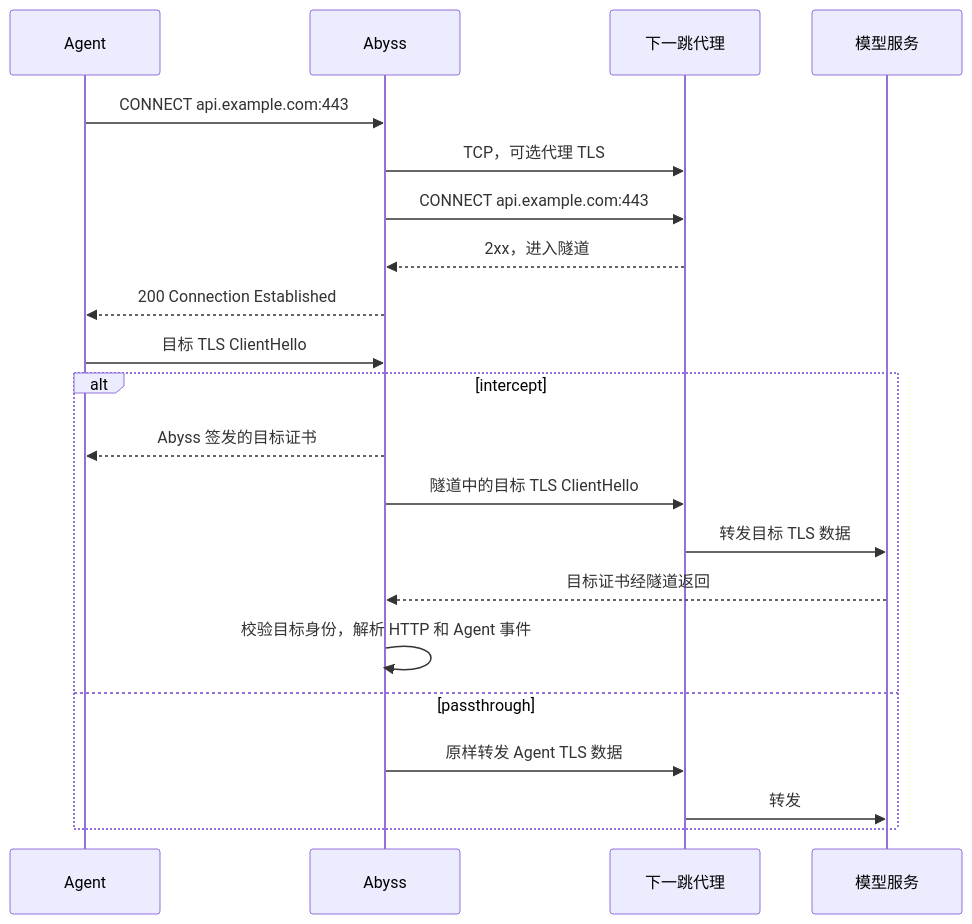
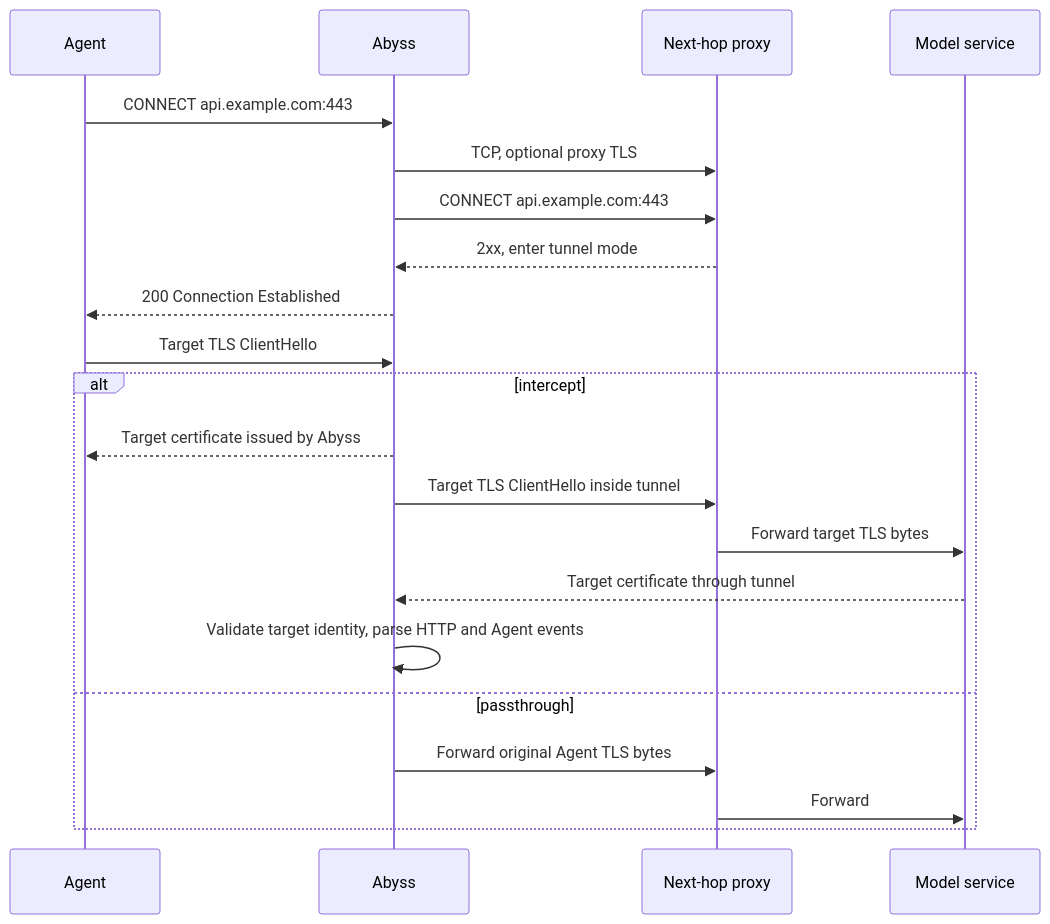
The diagram in docs/upstream-proxy-design.md (lexmount/abyss-rs), drawn with Mermaid before and after one commit. The commit also changed other lines of this file, not shown here.

First line of the commit message:
docs: translate proxy design into English

````diff
--- a/docs/upstream-proxy-design.md
+++ b/docs/upstream-proxy-design.md
@@ -154,23 +281,23 @@
 ```mermaid
 sequenceDiagram
     participant A as Agent
     participant B as Abyss
-    participant P as 下一跳代理
-    participant O as 模型服务
+    participant P as Next-hop proxy
+    participant O as Model service
     A->>B: CONNECT api.example.com:443
-    B->>P: TCP，可选代理 TLS
+    B->>P: TCP, optional proxy TLS
     B->>P: CONNECT api.example.com:443
-    P-->>B: 2xx，进入隧道
+    P-->>B: 2xx, enter tunnel mode
     B-->>A: 200 Connection Established
-    A->>B: 目标 TLS ClientHello
+    A->>B: Target TLS ClientHello
     alt intercept
-        B-->>A: Abyss 签发的目标证书
-        B->>P: 隧道中的目标 TLS ClientHello
-        P->>O: 转发目标 TLS 数据
-        O-->>B: 目标证书经隧道返回
-        B->>B: 校验目标身份，解析 HTTP 和 Agent 事件
+        B-->>A: Target certificate issued by Abyss
+        B->>P: Target TLS ClientHello inside tunnel
+        P->>O: Forward target TLS bytes
+        O-->>B: Target certificate through tunnel
+        B->>B: Validate target identity, parse HTTP and Agent events
     else passthrough
-        B->>P: 原样转发 Agent TLS 数据
-        P->>O: 转发
+        B->>P: Forward original Agent TLS bytes
+        P->>O: Forward
     end
 ```
````
